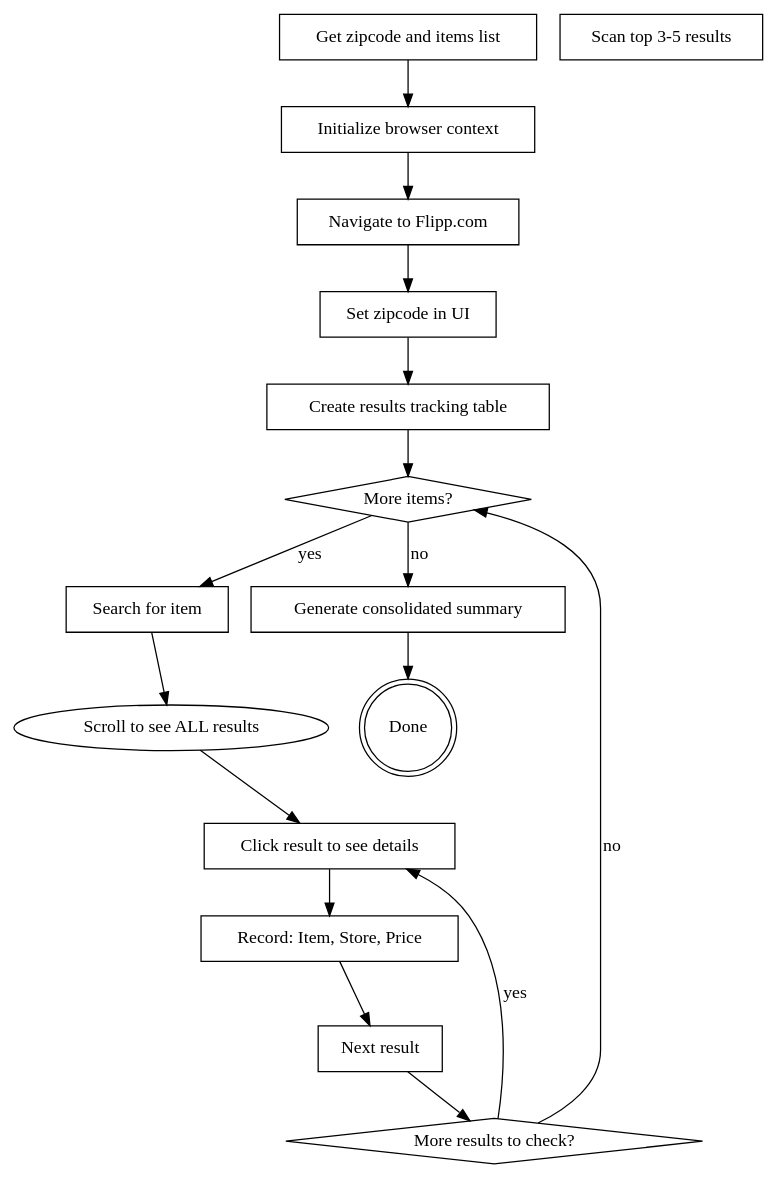
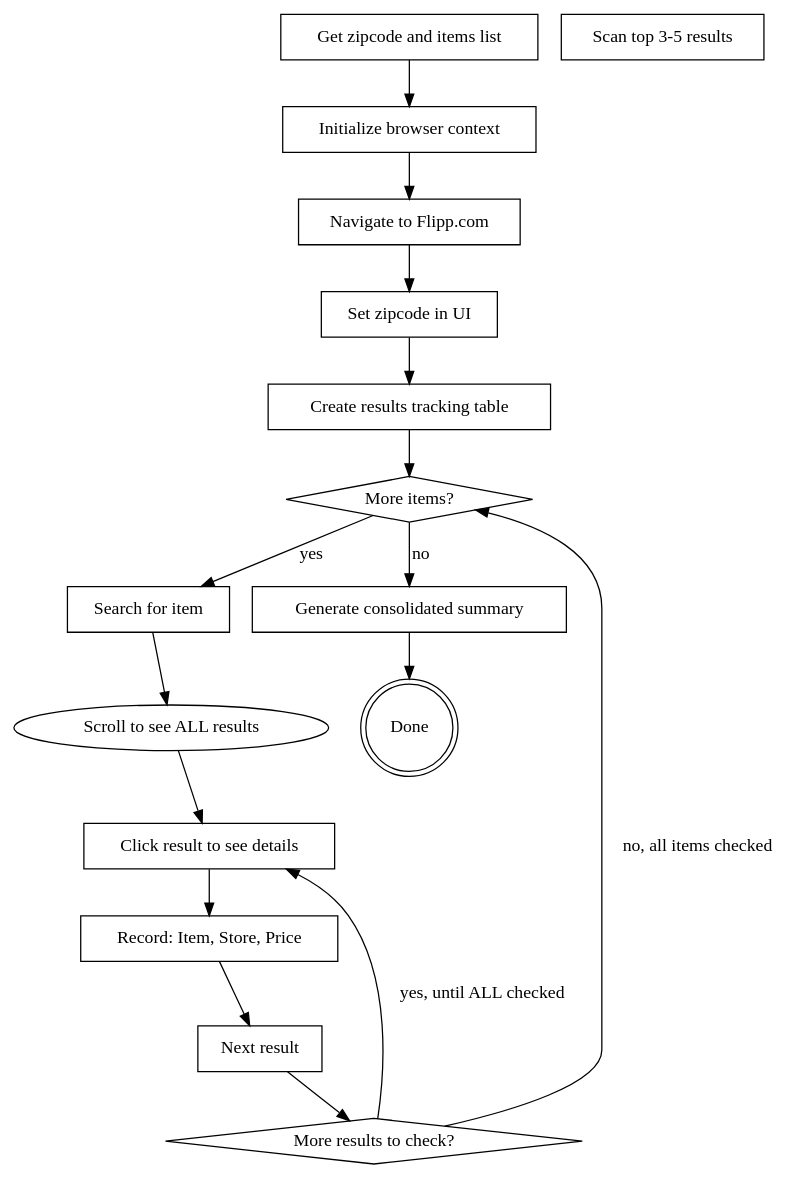
One commit to admiller007/Textbookused changed the diagram in .claude/skills/flipp-deal-finder/SKILL.md. Above: the diagram before and after it, drawn with Graphviz. The commit also changed other lines of this file, not shown here.

````diff
--- a/.claude/skills/flipp-deal-finder/SKILL.md
+++ b/.claude/skills/flipp-deal-finder/SKILL.md
@@ -24,34 +24,34 @@
 ```dot
 digraph flipp_workflow {
     "Get zipcode and items list" [shape=box];
     "Initialize browser context" [shape=box];
     "Navigate to Flipp.com" [shape=box];
     "Set zipcode in UI" [shape=box];
     "Create results tracking table" [shape=box];
     "More items?" [shape=diamond];
     "Search for item" [shape=box];
     "Scan top 3-5 results" [shape=box];
     "Click result to see details" [shape=box];
     "Record: Item, Store, Price" [shape=box];
     "Next result" [shape=box];
     "More results to check?" [shape=diamond];
     "Generate consolidated summary" [shape=box];
     "Done" [shape=doublecircle];
 
     "Get zipcode and items list" -> "Initialize browser context";
     "Initialize browser context" -> "Navigate to Flipp.com";
     "Navigate to Flipp.com" -> "Set zipcode in UI";
     "Set zipcode in UI" -> "Create results tracking table";
     "Create results tracking table" -> "More items?";
     "More items?" -> "Search for item" [label="yes"];
     "More items?" -> "Generate consolidated summary" [label="no"];
     "Search for item" -> "Scroll to see ALL results";
     "Scroll to see ALL results" -> "Click result to see details";
     "Click result to see details" -> "Record: Item, Store, Price";
     "Record: Item, Store, Price" -> "Next result";
     "Next result" -> "More results to check?";
-    "More results to check?" -> "Click result to see details" [label="yes"];
-    "More results to check?" -> "More items?" [label="no"];
+    "More results to check?" -> "Click result to see details" [label="yes, until ALL checked"];
+    "More results to check?" -> "More items?" [label="no, all items checked"];
     "Generate consolidated summary" -> "Done";
 }
 ```
````
